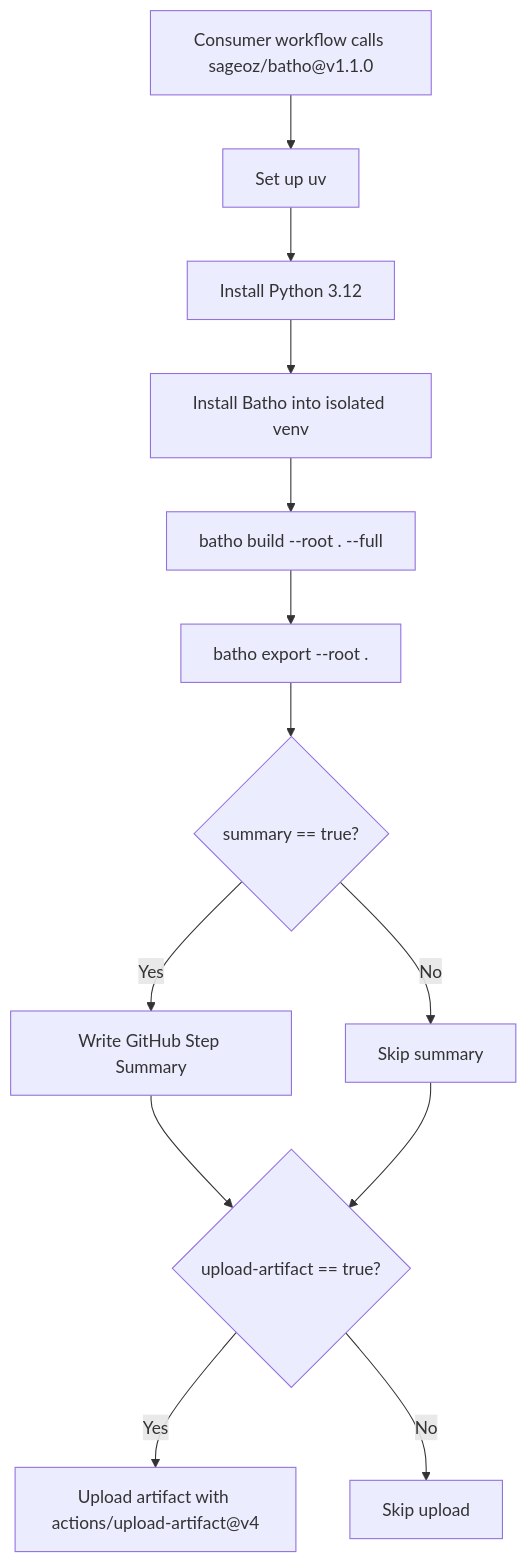
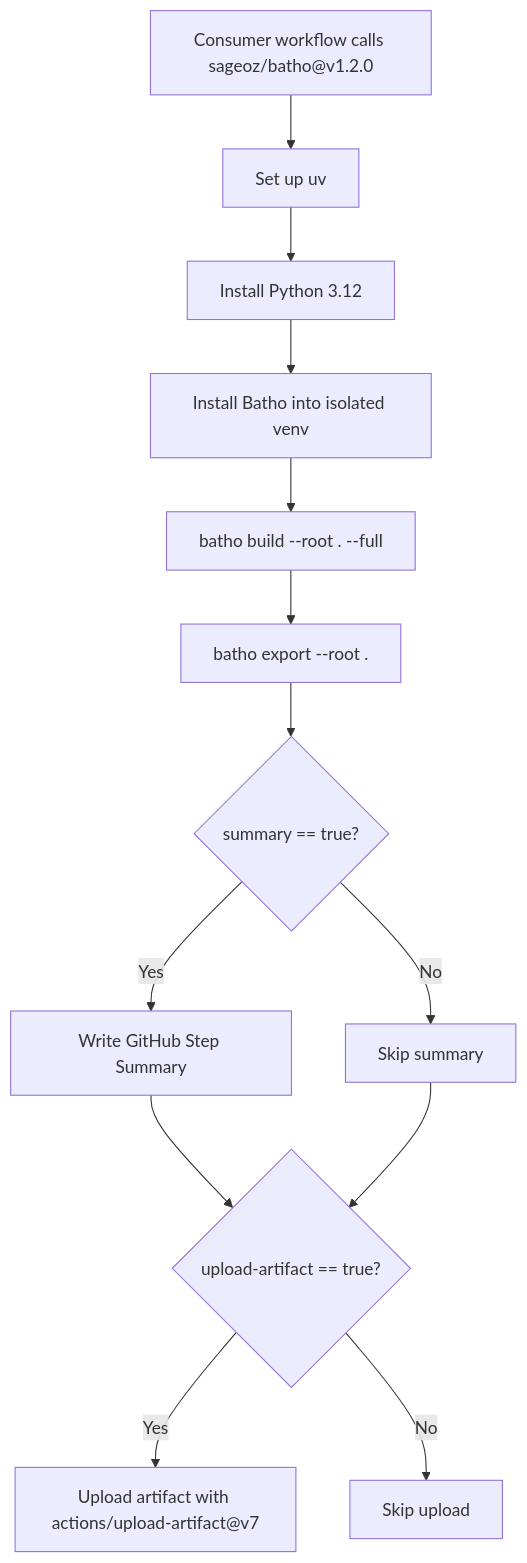
Before and after one commit to sageoz/Batho: the diagram in docs-site/docs/cicd/composite-action.md, drawn with Mermaid. The commit also changed other lines of this file and 52 other files, not shown here.

First line of the commit message:
chore: expand review workflow with Batho v1.2.0 subsystem coverage and documentation audit checklist

````diff
--- a/docs-site/docs/cicd/composite-action.md
+++ b/docs-site/docs/cicd/composite-action.md
@@ -7,15 +7,15 @@
 ```mermaid
 flowchart TD
-    A["Consumer workflow calls sageoz/batho@v1.1.0"] --> B["Set up uv"]
+    A["Consumer workflow calls sageoz/batho@v1.2.0"] --> B["Set up uv"]
     B --> C["Install Python 3.12"]
     C --> D["Install Batho into isolated venv"]
     D --> E["batho build --root . --full"]
     E --> F["batho export --root ."]
     F --> G{"summary == true?"}
     G -- Yes --> H["Write GitHub Step Summary"]
     G -- No --> I["Skip summary"]
     H --> J{"upload-artifact == true?"}
     I --> J
-    J -- Yes --> K["Upload artifact with actions/upload-artifact@v4"]
+    J -- Yes --> K["Upload artifact with actions/upload-artifact@v7"]
     J -- No --> L["Skip upload"]
 ```
````
